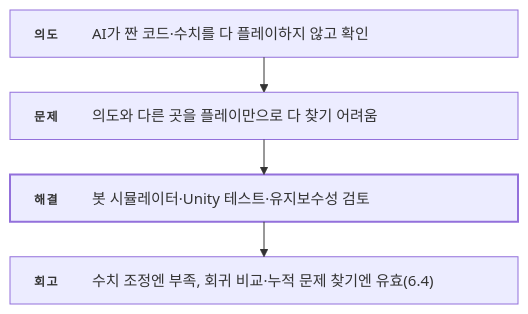
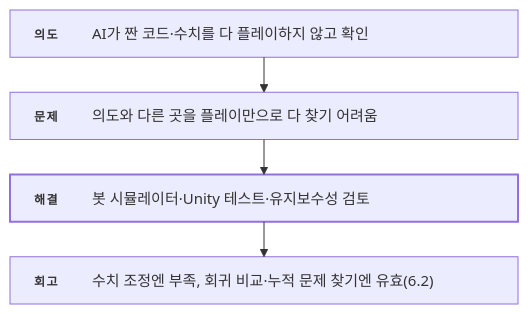
Before and after one commit to ashadeveloperr/ashadeveloperr.github.io: diagram 11 of 11 in src/3-desert-settlement/기술문서.md, drawn with Mermaid. The commit also changed other lines of this file and 5 other files, not shown here.

````diff
--- a/src/3-desert-settlement/기술문서.md
+++ b/src/3-desert-settlement/기술문서.md
@@ -636,18 +619,18 @@
 ```mermaid
 ---
 config:
   layout: elk
   flowchart:
     wrappingWidth: 520
     padding: 12
 ---
 flowchart TB
   %% feature-flow — _local/flow-diagrams.py가 만듦
   I["<div style='width:460px;display:flex;gap:14px;align-items:baseline;text-align:left;white-space:normal'><span style='flex:0 0 44px;padding-top:2px;font-size:12px;font-weight:700;letter-spacing:.12em;color:var(--accent-ink)'>의도</span><span style='flex:1;font-size:15px;line-height:1.55;color:var(--ink)'>AI가 짠 코드·수치를 다 플레이하지 않고 확인</span></div>"]
   P["<div style='width:460px;display:flex;gap:14px;align-items:baseline;text-align:left;white-space:normal'><span style='flex:0 0 44px;padding-top:2px;font-size:12px;font-weight:700;letter-spacing:.12em;color:var(--accent-ink)'>문제</span><span style='flex:1;font-size:15px;line-height:1.55;color:var(--ink)'>의도와 다른 곳을 플레이만으로 다 찾기 어려움</span></div>"]
   S["<div style='width:460px;display:flex;gap:14px;align-items:baseline;text-align:left;white-space:normal'><span style='flex:0 0 44px;padding-top:2px;font-size:12px;font-weight:700;letter-spacing:.12em;color:var(--accent-ink)'>해결</span><span style='flex:1;font-size:15px;line-height:1.55;color:var(--ink)'>봇 시뮬레이터·Unity 테스트·유지보수성 검토</span></div>"]
-  R["<div style='width:460px;display:flex;gap:14px;align-items:baseline;text-align:left;white-space:normal'><span style='flex:0 0 44px;padding-top:2px;font-size:12px;font-weight:700;letter-spacing:.12em;color:var(--accent-ink)'>회고</span><span style='flex:1;font-size:15px;line-height:1.55;color:var(--ink)'>수치 조정엔 부족, 회귀 비교·누적 문제 찾기엔 유효(6.4)</span></div>"]
+  R["<div style='width:460px;display:flex;gap:14px;align-items:baseline;text-align:left;white-space:normal'><span style='flex:0 0 44px;padding-top:2px;font-size:12px;font-weight:700;letter-spacing:.12em;color:var(--accent-ink)'>회고</span><span style='flex:1;font-size:15px;line-height:1.55;color:var(--ink)'>수치 조정엔 부족, 회귀 비교·누적 문제 찾기엔 유효(6.2)</span></div>"]
   I --> P --> S --> R
   classDef key stroke-width:2px
   class S key
 ```
````
